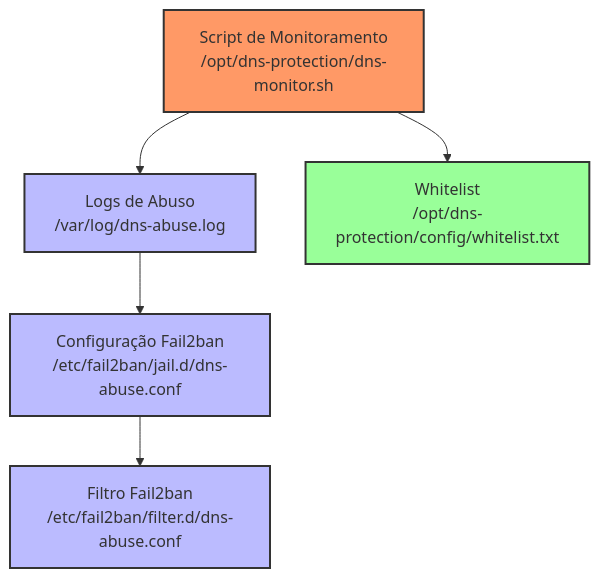
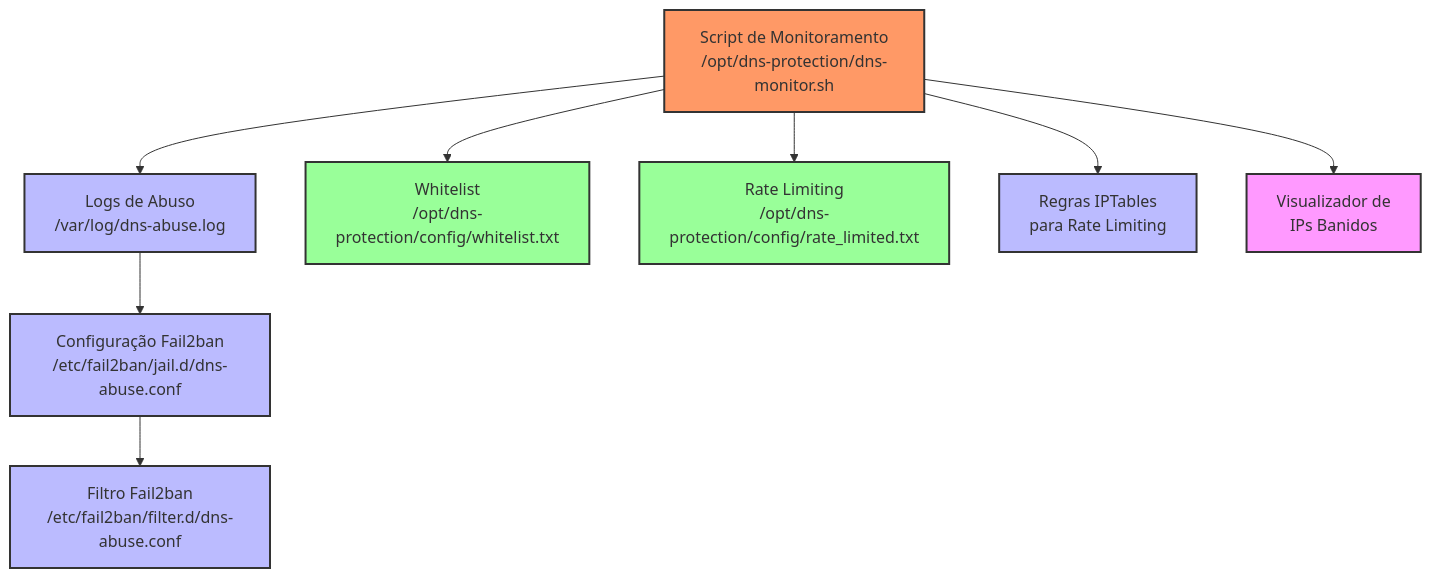
One commit to flicl/super-dns-recursivo changed the second of 3 diagrams in docs/dns-protection-quickstart.md. Above: the diagram before and after it, drawn with Mermaid. The commit also changed other lines of this file and 11 other files, not shown here.

First line of the commit message:
feat: Implementa dashboard web para Super DNS Recursivo

````diff
--- a/docs/dns-protection-quickstart.md
+++ b/docs/dns-protection-quickstart.md
@@ -84,13 +118,19 @@
 ```mermaid
 graph TD
     A[Script de Monitoramento<br>/opt/dns-protection/dns-monitor.sh] --> B[Logs de Abuso<br>/var/log/dns-abuse.log]
     B --> C[Configuração Fail2ban<br>/etc/fail2ban/jail.d/dns-abuse.conf]
     C --> D[Filtro Fail2ban<br>/etc/fail2ban/filter.d/dns-abuse.conf]
     A --> E[Whitelist<br>/opt/dns-protection/config/whitelist.txt]
+    A --> F[Rate Limiting<br>/opt/dns-protection/config/rate_limited.txt]
+    A --> G[Regras IPTables<br>para Rate Limiting]
+    A --> H[Visualizador de<br>IPs Banidos]
     
     style A fill:#f96,stroke:#333,stroke-width:2px
     style B fill:#bbf,stroke:#333,stroke-width:2px
     style C fill:#bbf,stroke:#333,stroke-width:2px
     style D fill:#bbf,stroke:#333,stroke-width:2px
     style E fill:#9f9,stroke:#333,stroke-width:2px
+    style F fill:#9f9,stroke:#333,stroke-width:2px
+    style G fill:#bbf,stroke:#333,stroke-width:2px
+    style H fill:#f9f,stroke:#333,stroke-width:2px
 ```
````
